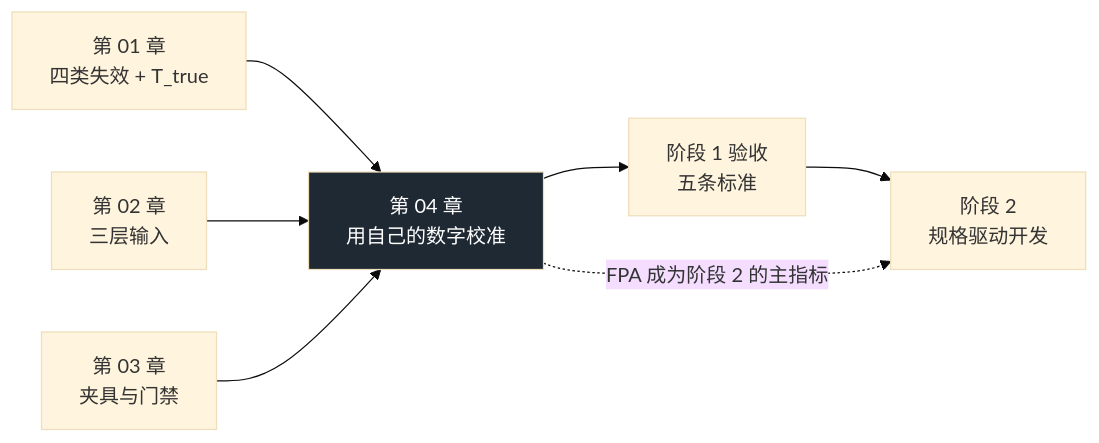
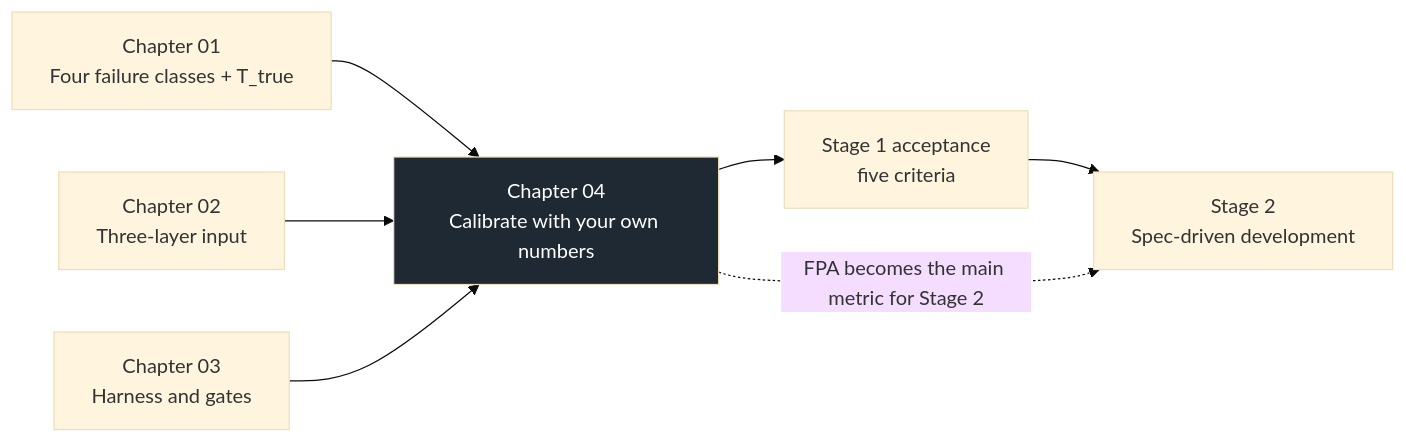
One commit to xzlxiao/vibe-coding-textbook changed the diagram in phase1/chapters/ch04-calibrate-with-your-own-numbers.md. Above: the diagram before and after it, drawn with Mermaid (base theme). The commit also changed 4 other files, not shown here.

````diff
--- a/phase1/chapters/ch04-calibrate-with-your-own-numbers.md
+++ b/phase1/chapters/ch04-calibrate-with-your-own-numbers.md
@@ -247,11 +247,11 @@
 ```mermaid
 flowchart LR
-    A["第 01 章<br>四类失效 + T_true"] --> D["第 04 章<br>用自己的数字校准"]
-    B["第 02 章<br>三层输入"] --> D
-    C["第 03 章<br>夹具与门禁"] --> D
-    D --> E["阶段 1 验收<br>五条标准"]
-    E --> F["阶段 2<br>规格驱动开发"]
-    D -.->|"FPA 成为阶段 2 的主指标"| F
+    A["Chapter 01<br>Four failure classes + T_true"] --> D["Chapter 04<br>Calibrate with your own numbers"]
+    B["Chapter 02<br>Three-layer input"] --> D
+    C["Chapter 03<br>Harness and gates"] --> D
+    D --> E["Stage 1 acceptance<br>five criteria"]
+    E --> F["Stage 2<br>Spec-driven development"]
+    D -.->|"FPA becomes the main metric for Stage 2"| F
 
     style D fill:#1F2933,color:#FFFFFF
 ```
````
